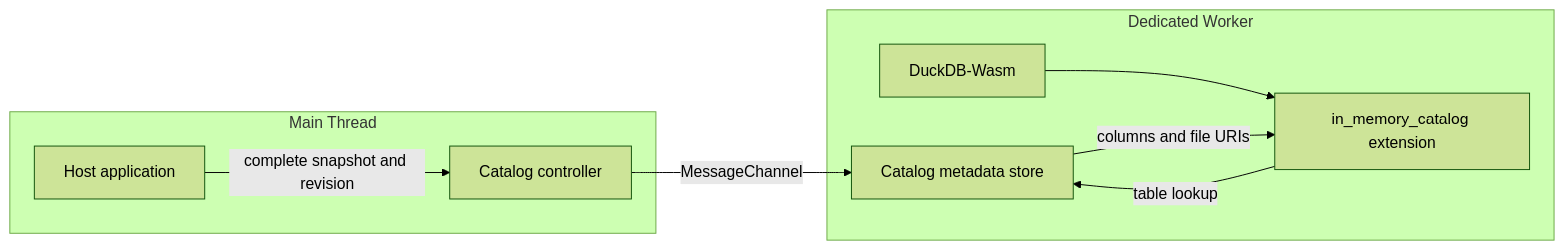
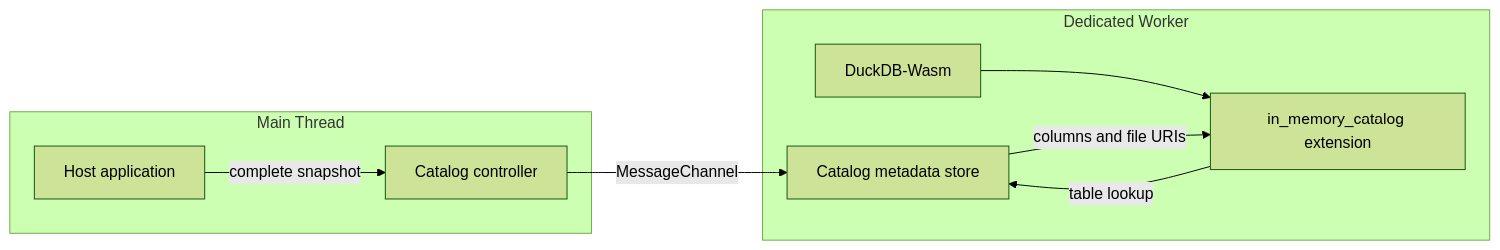
The diagram in README.md (tokibi/duckdb-wasm-in-memory-catalog), drawn with Mermaid (forest theme) before and after one commit. The commit also changed other lines of this file and 17 other files, not shown here.

````diff
--- a/README.md
+++ b/README.md
@@ -11,17 +11,17 @@
 ```mermaid
 flowchart LR
   subgraph Main[Main Thread]
     App[Host application]
     Controller[Catalog controller]
   end
   subgraph Dedicated[Dedicated Worker]
     DuckDB[DuckDB-Wasm]
     Extension[in_memory_catalog extension]
     Worker[Catalog metadata store]
   end
-  App -->|complete snapshot and revision| Controller
+  App -->|complete snapshot| Controller
   Controller -->|MessageChannel| Worker
   DuckDB --> Extension
   Extension -->|table lookup| Worker
   Worker -->|columns and file URIs| Extension
 ```
````
